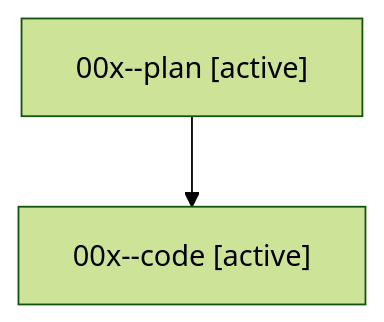
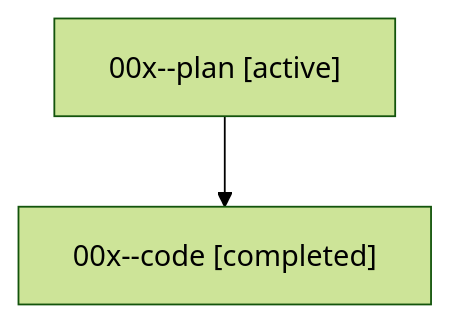
Before and after one commit to bobs-org/bob-cli--agents: the diagram in sessions/bbugyi200.athena.00x.md, drawn with Mermaid (forest theme). The commit also changed other lines of this file and 6 other files, not shown here.

````diff
--- a/sessions/bbugyi200.athena.00x.md
+++ b/sessions/bbugyi200.athena.00x.md
@@ -9,6 +9,6 @@
 ```mermaid
 flowchart TD
   n0["00x--plan [active]"]
-  n1["00x--code [active]"]
+  n1["00x--code [completed]"]
   n0 --> n1
 ```
````
